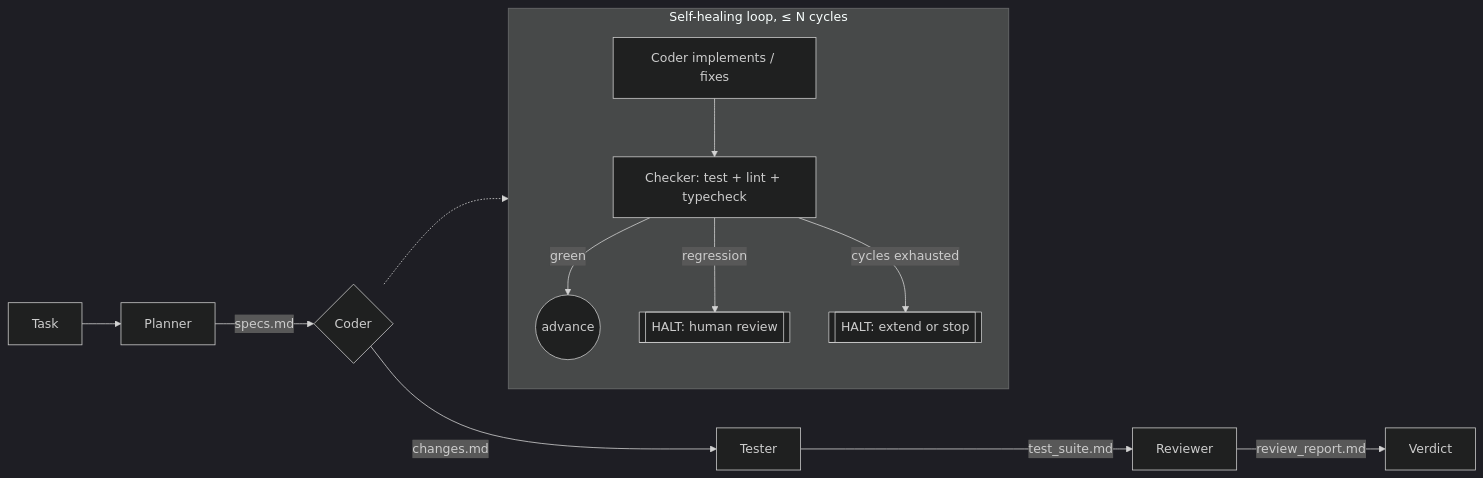
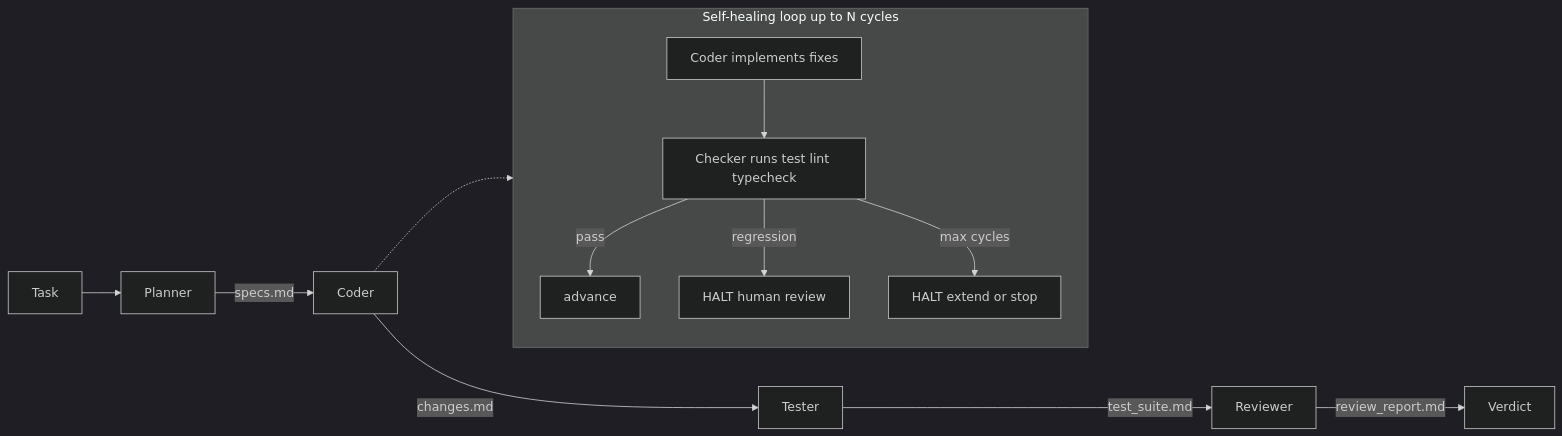
Before and after one commit to isholaomotayo/orchestrator: the first of 2 diagrams in README.md, drawn with Mermaid (dark theme). The commit also changed other lines of this file and 3 other files, not shown here.

````diff
--- a/README.md
+++ b/README.md
@@ -54,17 +54,17 @@
 ```mermaid
 flowchart LR
     T[Task] --> P[Planner]
-    P -- specs.md --> C{Coder}
-    C -- changes.md --> Te[Tester]
-    Te -- test_suite.md --> R[Reviewer]
-    R -- review_report.md --> V[Verdict]
+    P -->|specs.md| C[Coder]
+    C -->|changes.md| Te[Tester]
+    Te -->|test_suite.md| R[Reviewer]
+    R -->|review_report.md| V[Verdict]
 
-    subgraph loop [Self-healing loop, ≤ N cycles]
+    subgraph SH["Self-healing loop up to N cycles"]
         direction TB
-        C1[Coder implements / fixes] --> Ch[Checker: test + lint + typecheck]
-        Ch -- green --> Done((advance))
-        Ch -- regression --> Halt1[[HALT: human review]]
-        Ch -- cycles exhausted --> Halt2[[HALT: extend or stop]]
+        C1[Coder implements fixes] --> Ch[Checker runs test lint typecheck]
+        Ch -->|pass| Done[advance]
+        Ch -->|regression| H1[HALT human review]
+        Ch -->|max cycles| H2[HALT extend or stop]
     end
-    C -.-> loop
+    C -.-> C1
 ```
````
